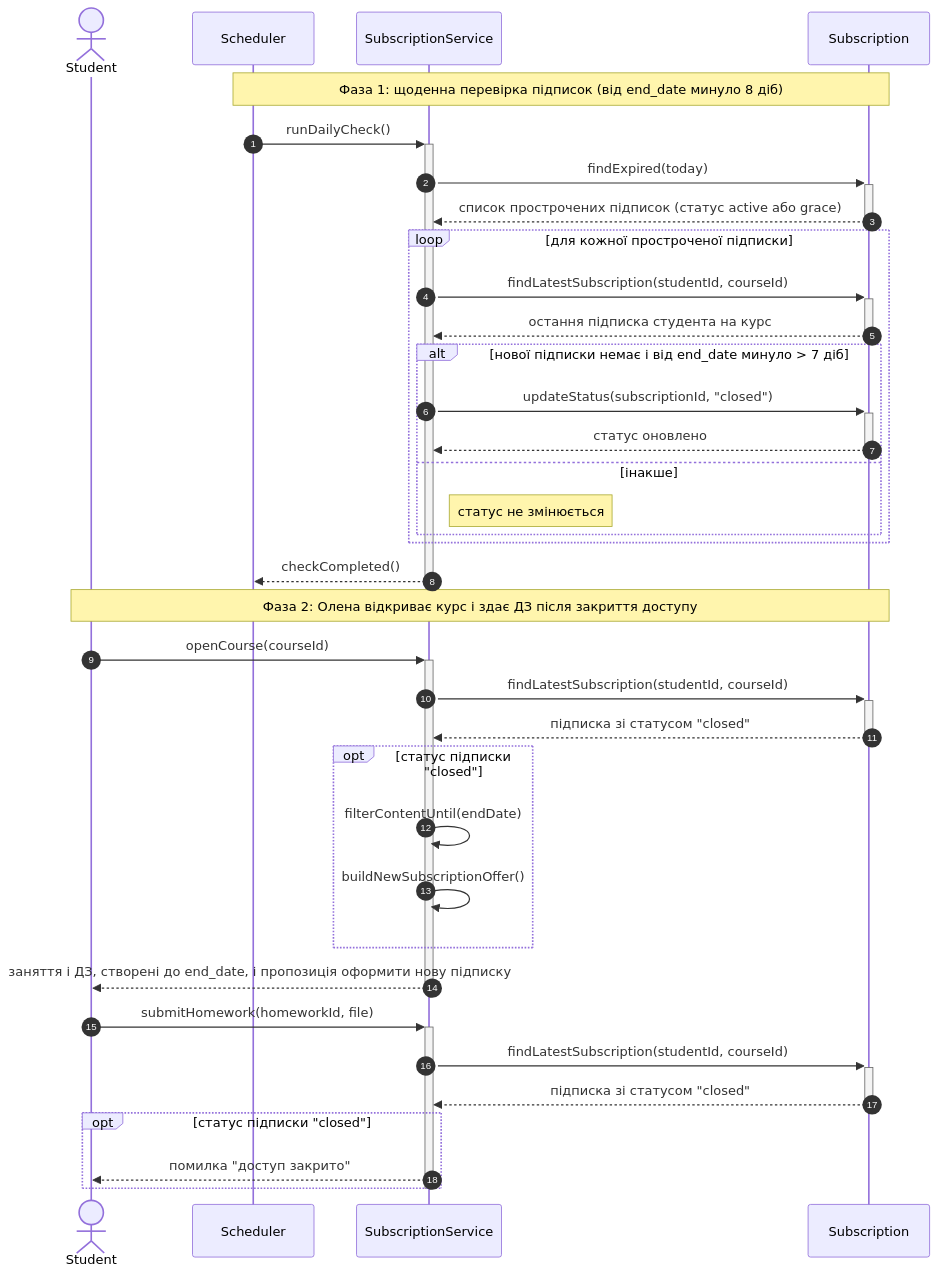
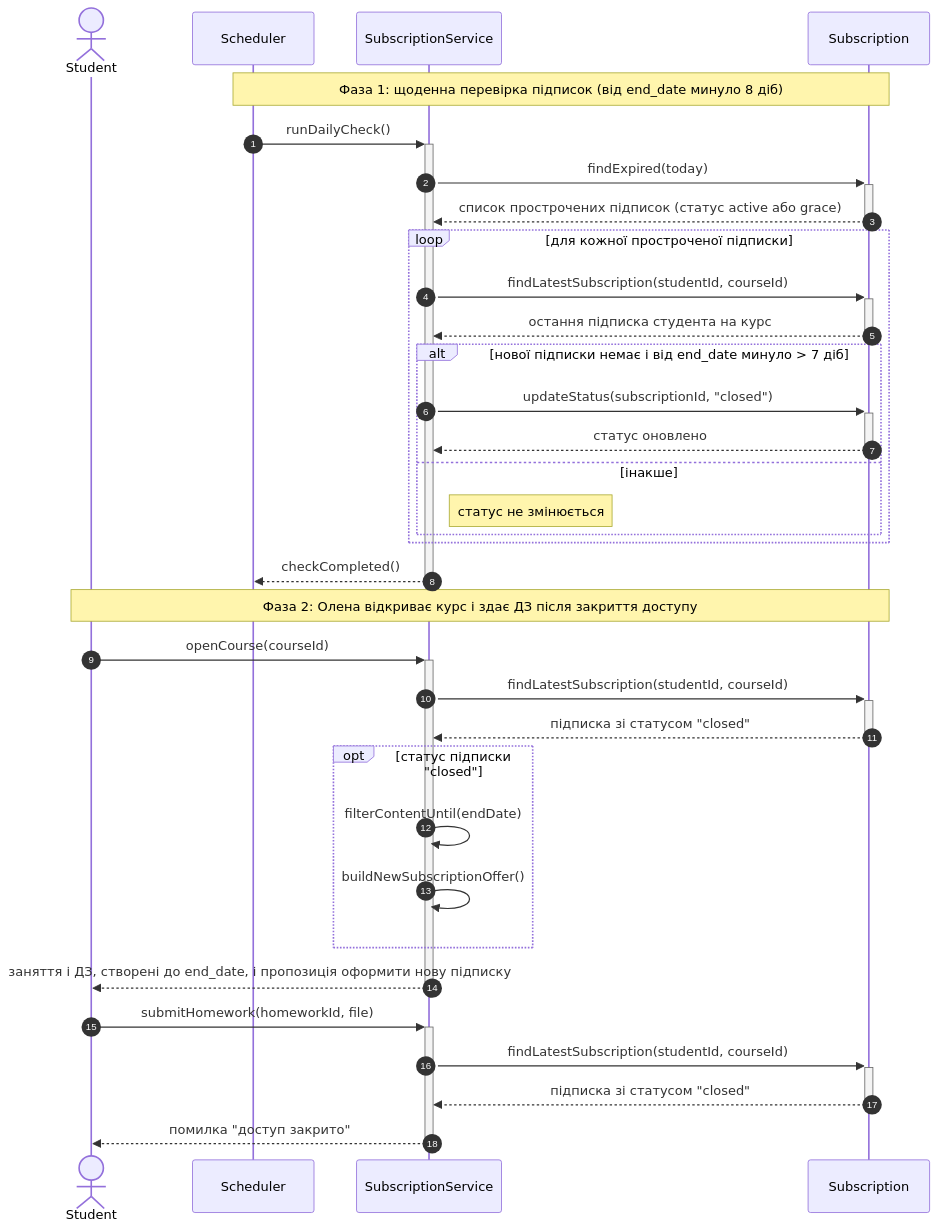
One commit to grmaryna/MathHub changed the diagram in Sequence Diagram/diagram-req-32.mmd. Above: the diagram before and after it, drawn with Mermaid. The commit also changed 1 other file, not shown here.

```diff
--- a/Sequence Diagram/diagram-req-32.mmd
+++ b/Sequence Diagram/diagram-req-32.mmd
@@ -1,44 +1,41 @@
 sequenceDiagram
     autonumber
     actor Student
     participant Scheduler
     participant SubscriptionService
     participant Subscription
 
     Note over Scheduler,Subscription: Фаза 1: щоденна перевірка підписок (від end_date минуло 8 діб)
 
     Scheduler->>+SubscriptionService: runDailyCheck()
     SubscriptionService->>+Subscription: findExpired(today)
     Subscription-->>-SubscriptionService: список прострочених підписок (статус active або grace)
 
     loop для кожної простроченої підписки
         SubscriptionService->>+Subscription: findLatestSubscription(studentId, courseId)
         Subscription-->>-SubscriptionService: остання підписка студента на курс
 
         alt нової підписки немає і від end_date минуло > 7 діб
             SubscriptionService->>+Subscription: updateStatus(subscriptionId, "closed")
             Subscription-->>-SubscriptionService: статус оновлено
         else інакше
             Note right of SubscriptionService: статус не змінюється
         end
     end
     SubscriptionService-->>-Scheduler: checkCompleted()
 
     Note over Student,Subscription: Фаза 2: Олена відкриває курс і здає ДЗ після закриття доступу
 
     Student->>+SubscriptionService: openCourse(courseId)
     SubscriptionService->>+Subscription: findLatestSubscription(studentId, courseId)
     Subscription-->>-SubscriptionService: підписка зі статусом "closed"
     opt статус підписки "closed"
         SubscriptionService->>SubscriptionService: filterContentUntil(endDate)
         SubscriptionService->>SubscriptionService: buildNewSubscriptionOffer()
     end
     SubscriptionService-->>-Student: заняття і ДЗ, створені до end_date, і пропозиція оформити нову підписку
 
     Student->>+SubscriptionService: submitHomework(homeworkId, file)
     SubscriptionService->>+Subscription: findLatestSubscription(studentId, courseId)
     Subscription-->>-SubscriptionService: підписка зі статусом "closed"
-    opt статус підписки "closed"
-        SubscriptionService-->>Student: помилка "доступ закрито"
-    end
-    deactivate SubscriptionService
+    SubscriptionService-->>-Student: помилка "доступ закрито"
```
